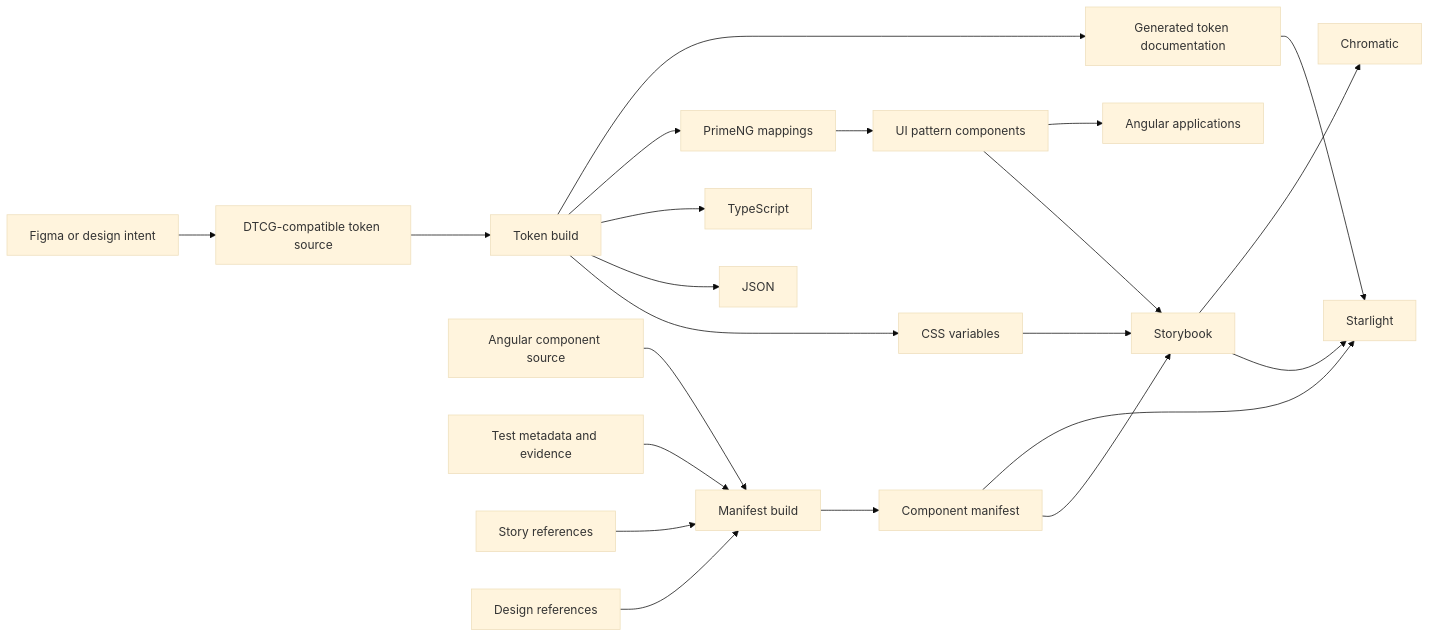
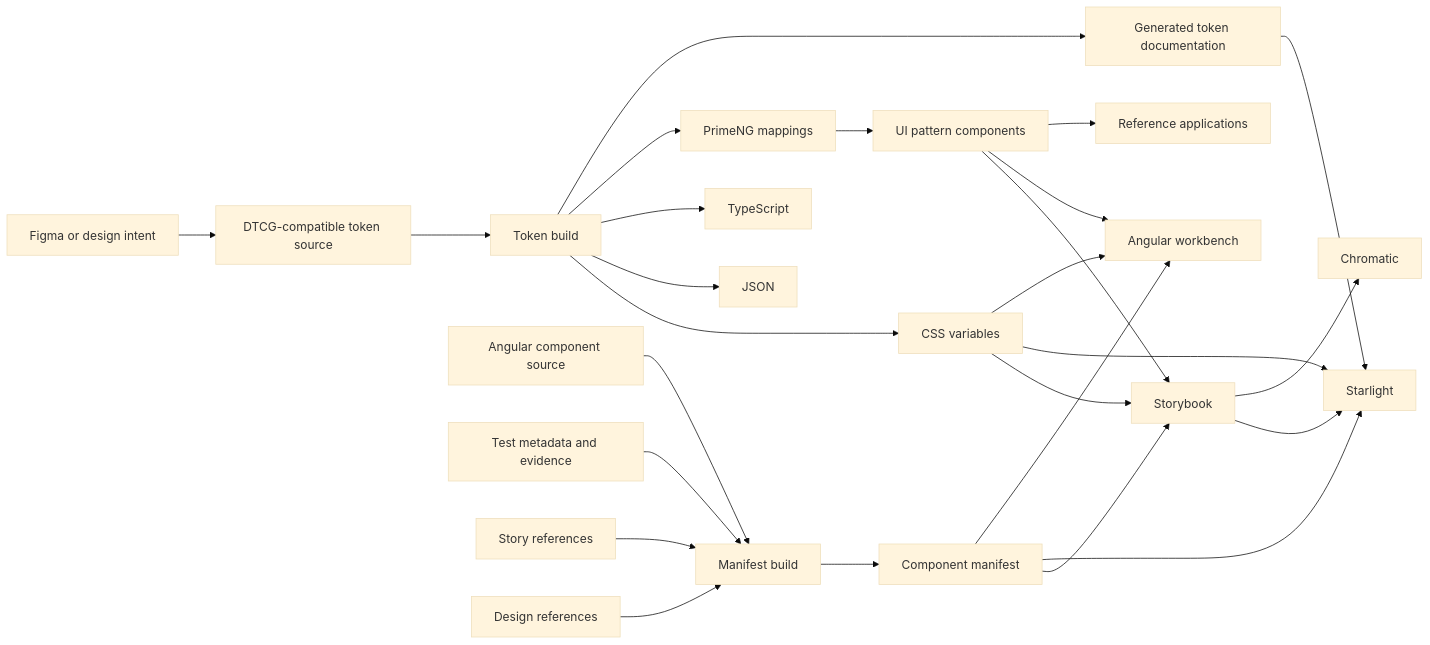
Before and after one commit to JeffreySanford/public-sector-federation: the third of 6 diagrams in docs/documentation-upgrade/04-target-technical-architecture.md, drawn with Mermaid (base theme). The commit also changed other lines of this file, not shown here.

Commit message:
docs: align technical architecture with apps/starlight

````diff
--- a/docs/documentation-upgrade/04-target-technical-architecture.md
+++ b/docs/documentation-upgrade/04-target-technical-architecture.md
@@ -83,26 +116,30 @@
 ```mermaid
 flowchart LR
   Design[Figma or design intent] --> TokenSource[DTCG-compatible token source]
   TokenSource --> TokenBuild[Token build]
   TokenBuild --> CSS[CSS variables]
   TokenBuild --> JSON[JSON]
   TokenBuild --> TS[TypeScript]
   TokenBuild --> ProviderMap[PrimeNG mappings]
   TokenBuild --> TokenDocs[Generated token documentation]
 
   ComponentSource[Angular component source] --> ManifestBuild[Manifest build]
   Tests[Test metadata and evidence] --> ManifestBuild
   StoryRefs[Story references] --> ManifestBuild
   DesignRefs[Design references] --> ManifestBuild
   ManifestBuild --> Manifest[Component manifest]
 
   CSS --> Storybook
+  CSS --> Starlight
+  CSS --> Workbench[Angular workbench]
   ProviderMap --> Components[UI pattern components]
   Components --> Storybook
-  Components --> Apps[Angular applications]
+  Components --> Workbench
+  Components --> Apps[Reference applications]
   Manifest --> Storybook
   Manifest --> Starlight
+  Manifest --> Workbench
   TokenDocs --> Starlight
   Storybook --> Starlight
   Storybook --> Chromatic
 ```
````
